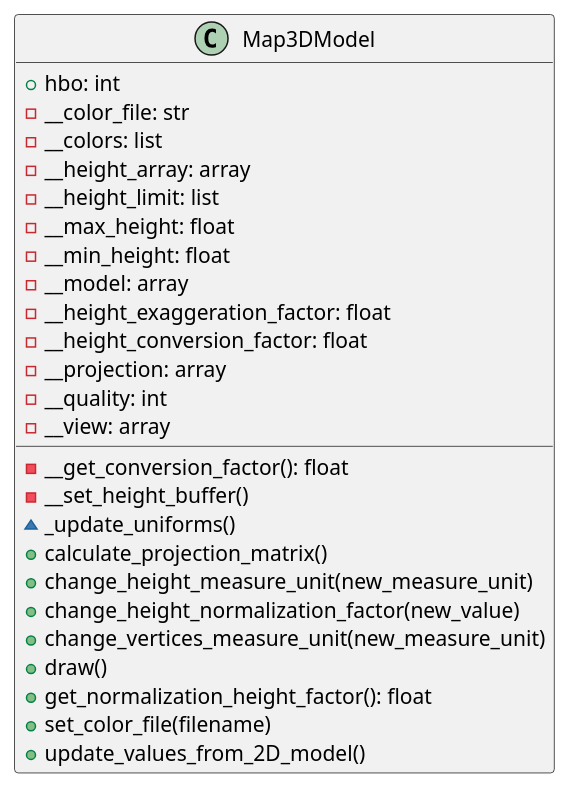
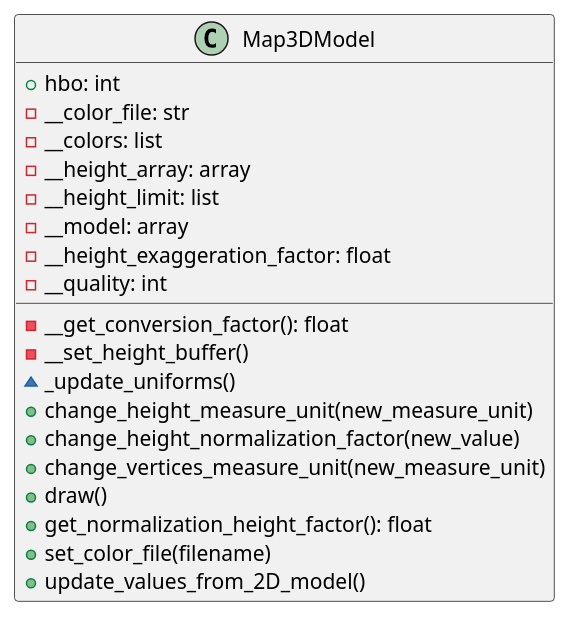
Before and after one commit to ferpoble2/Relief_Creator: the diagram in docs/classes/Map3DModel.puml, drawn with PlantUML.

```diff
--- a/docs/classes/Map3DModel.puml
+++ b/docs/classes/Map3DModel.puml
@@ -1,30 +1,24 @@
 @startuml
 class Map3DModel {
     + hbo: int
     - __color_file: str
     - __colors: list
     - __height_array: array
     - __height_limit: list
-    - __max_height: float
-    - __min_height: float
     - __model: array
     - __height_exaggeration_factor: float
-    - __height_conversion_factor: float
-    - __projection: array
     - __quality: int
-    - __view: array
 
     - __get_conversion_factor(): float
     - __set_height_buffer()
     ~ _update_uniforms()
-    + calculate_projection_matrix()
     + change_height_measure_unit(new_measure_unit)
     + change_height_normalization_factor(new_value)
     + change_vertices_measure_unit(new_measure_unit)
     + draw()
     + get_normalization_height_factor(): float
     + set_color_file(filename)
     + update_values_from_2D_model()
 
 }
 @enduml
```
